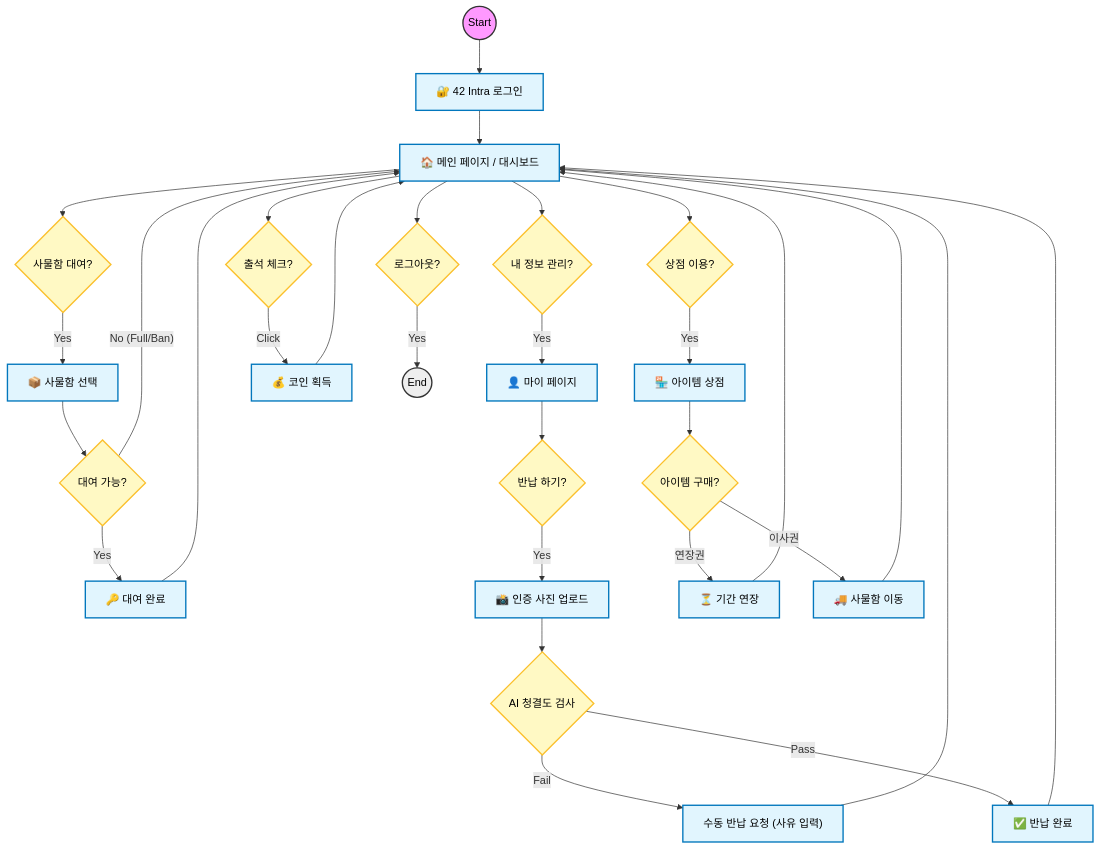
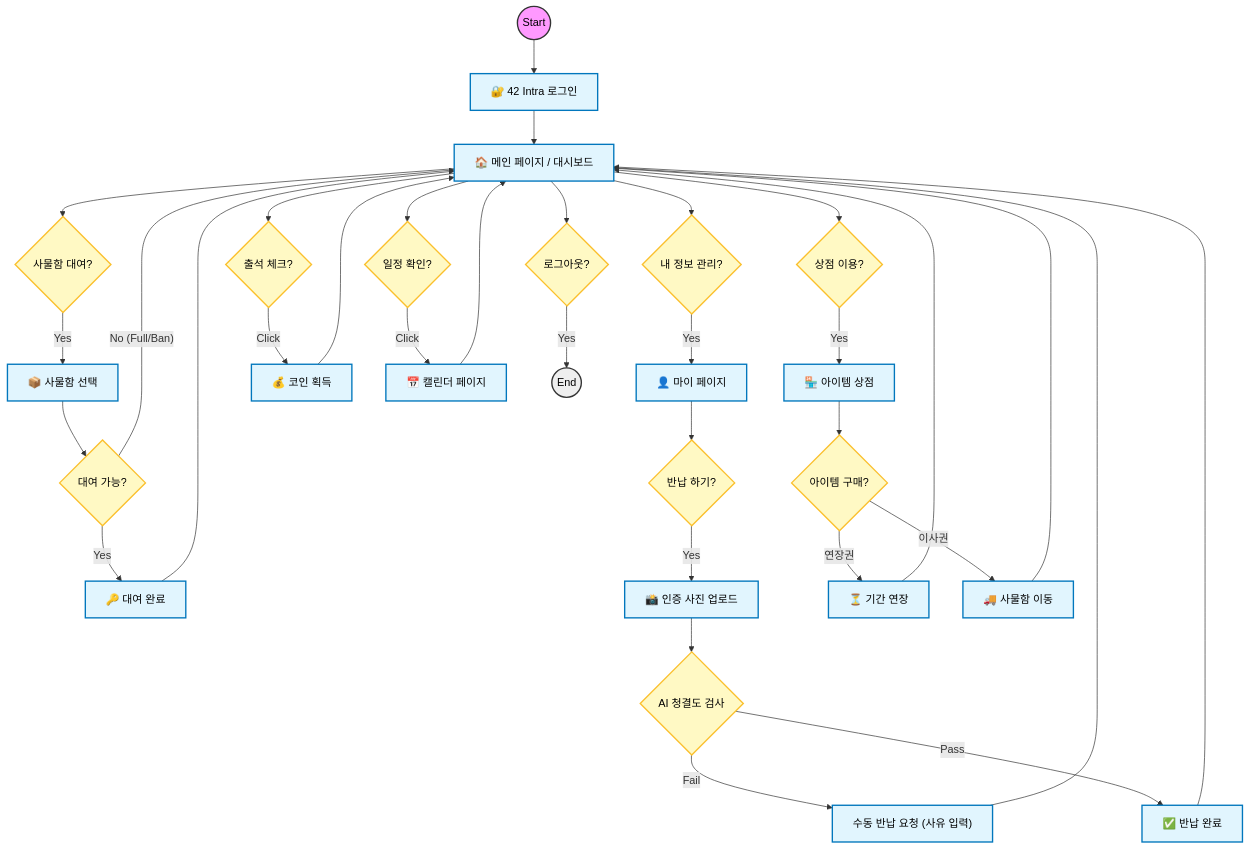
The second of 8 diagrams in backend/README.md (farmer0010/ft_transcendence), drawn with Mermaid before and after one commit. The commit also changed other lines of this file, not shown here.

Commit message:
Docs: Update README Diagrams (Architecture, UserFlow, Sequence)

````diff
--- a/backend/README.md
+++ b/backend/README.md
@@ -63,50 +65,53 @@
 ```mermaid
 flowchart TD
     %% 노드 스타일 정의
     classDef start fill:#f9f,stroke:#333,stroke-width:2px,color:black;
     classDef process fill:#e1f5fe,stroke:#0277bd,stroke-width:2px,color:black;
     classDef decision fill:#fff9c4,stroke:#fbc02d,stroke-width:2px,color:black;
     classDef endNode fill:#eeeeee,stroke:#333,stroke-width:2px,color:black;
 
     Start((Start)):::start --> Login["🔐 42 Intra 로그인"]:::process
     Login --> Main["🏠 메인 페이지 / 대시보드"]:::process
 
     %% 메인 페이지에서의 분기
     Main --> Action_Lent{"사물함 대여?"}:::decision
     Main --> Action_My{"내 정보 관리?"}:::decision
     Main --> Action_Store{"상점 이용?"}:::decision
     Main --> Action_Attend{"출석 체크?"}:::decision
+    Main --> Action_Calendar{"일정 확인?"}:::decision
 
     %% 1. 대여 프로세스
     Action_Lent -- Yes --> Select["📦 사물함 선택"]:::process
     Select --> Check_Lent{"대여 가능?"}:::decision
     Check_Lent -- "No (Full/Ban)" --> Main
     Check_Lent -- Yes --> Rent_Success["🔑 대여 완료"]:::process
     Rent_Success --> Main
 
     %% 2. 내 정보 & 반납 프로세스
     Action_My -- Yes --> MyPage["👤 마이 페이지"]:::process
     MyPage --> Return_Btn{"반납 하기?"}:::decision
     Return_Btn -- Yes --> Upload["📸 인증 사진 업로드"]:::process
     Upload --> AI_Check{"AI 청결도 검사"}:::decision
     AI_Check -- Fail --> Manual["수동 반납 요청 (사유 입력)"]:::process
     AI_Check -- Pass --> Return_Success["✅ 반납 완료"]:::process
     Manual --> Main
     Return_Success --> Main
 
     %% 3. 상점 프로세스
     Action_Store -- Yes --> Store["🏪 아이템 상점"]:::process
     Store --> Buy{"아이템 구매?"}:::decision
     Buy -- "연장권" --> Use_Ext["⏳ 기간 연장"]:::process
     Buy -- "이사권" --> Use_Swap["🚚 사물함 이동"]:::process
     Use_Ext --> Main
     Use_Swap --> Main
 
-    %% 4. 출석 프로세스
+    %% 4. 출석 및 캘린더 프로세스
     Action_Attend -- Click --> Reward["💰 코인 획득"]:::process
+    Action_Calendar -- Click --> Calendar["📅 캘린더 페이지"]:::process
     Reward --> Main
+    Calendar --> Main
 
     %% 종료
     Main --> Logout{"로그아웃?"}:::decision
     Logout -- Yes --> End((End)):::endNode
 ```
````
